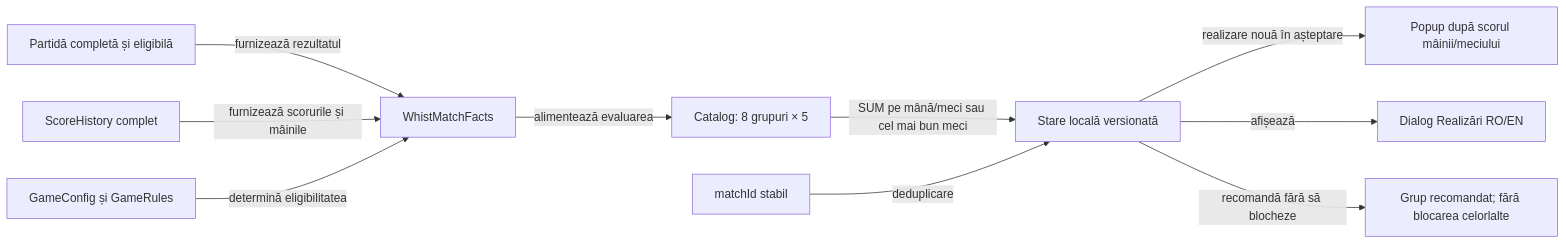
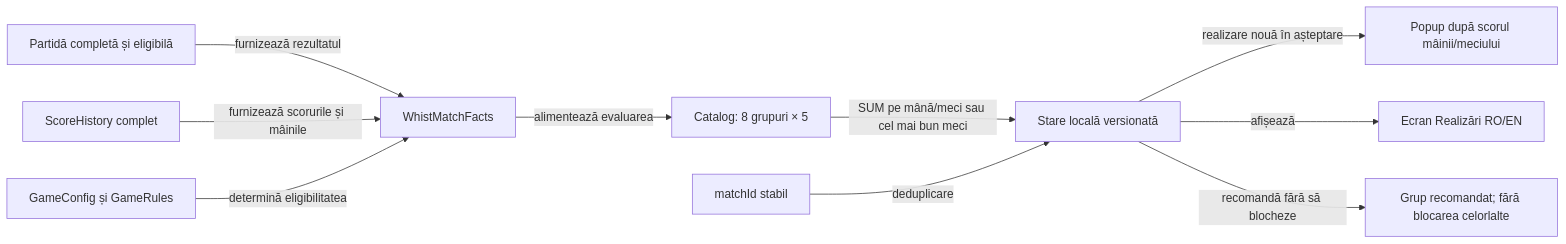
Before and after one commit to crististefanita/atf_j4: the diagram in docs/game/ATF_Achievements.md, drawn with Mermaid. The commit also changed other lines of this file and 103 other files, not shown here.

````diff
--- a/docs/game/ATF_Achievements.md
+++ b/docs/game/ATF_Achievements.md
@@ -9,12 +9,12 @@
 ```mermaid
 flowchart LR
     MATCH[Partidă completă și eligibilă] -->|furnizează rezultatul| FACTS[WhistMatchFacts]
     LEDGER[ScoreHistory complet] -->|furnizează scorurile și mâinile| FACTS
     RULES[GameConfig și GameRules] -->|determină eligibilitatea| FACTS
     FACTS -->|alimentează evaluarea| CATALOG[Catalog: 8 grupuri × 5]
     CATALOG -->|SUM pe mână/meci sau cel mai bun meci| STATE[Stare locală versionată]
     ID[matchId stabil] -->|deduplicare| STATE
     STATE -->|realizare nouă în așteptare| POPUP[Popup după scorul mâinii/meciului]
-    STATE -->|afișează| VIEW[Dialog Realizări RO/EN]
+    STATE -->|afișează| VIEW[Ecran Realizări RO/EN]
     STATE -->|recomandă fără să blocheze| PATH[Grup recomandat; fără blocarea celorlalte]
 ```
````
